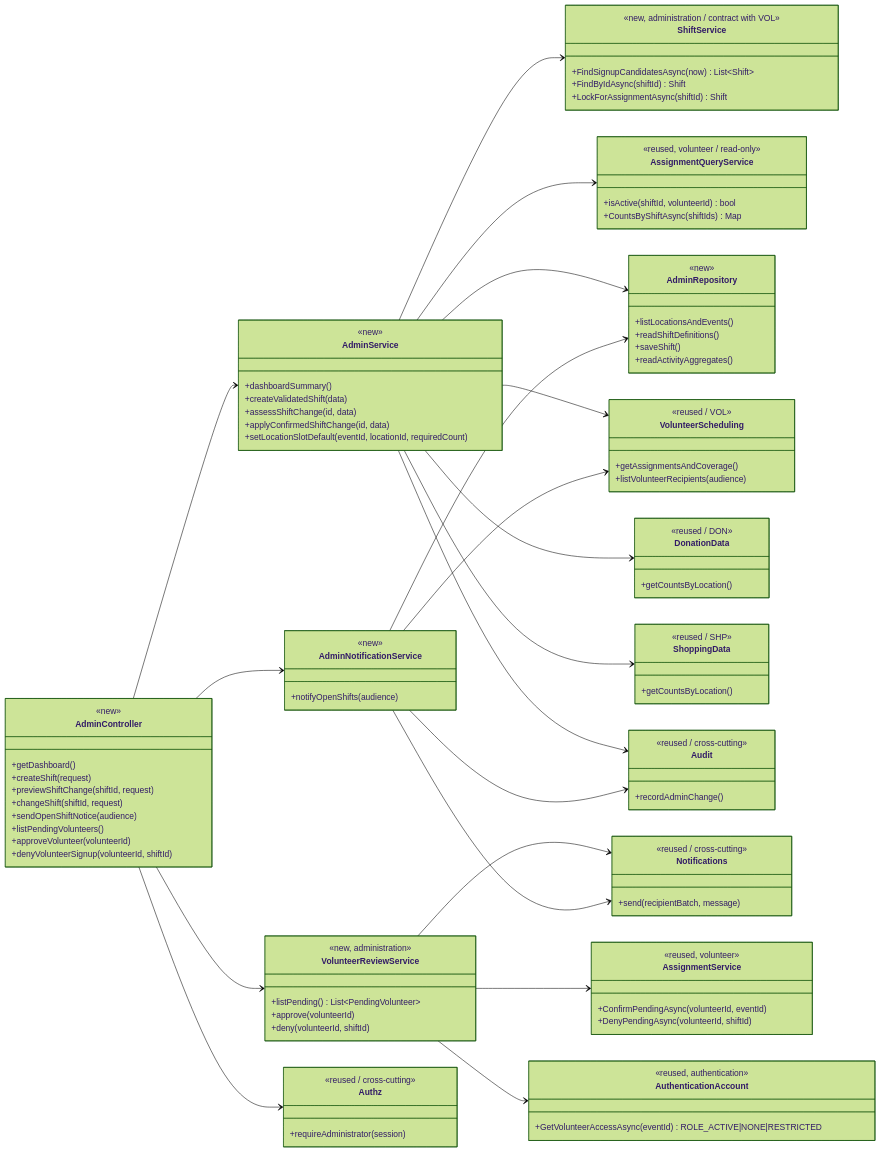
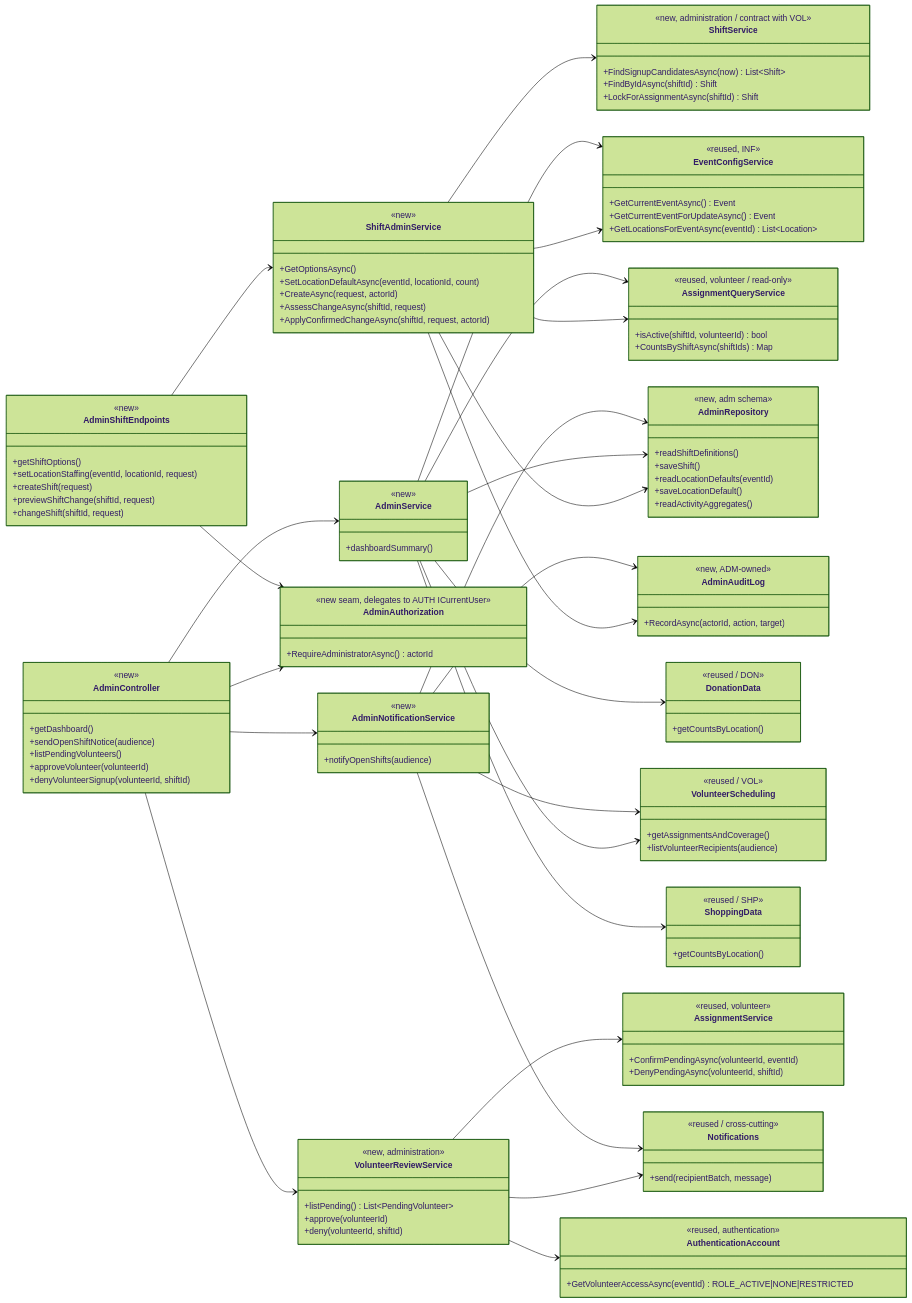
One commit to evelyntrann/cosc-40943-team-3-refrog changed the first of 8 diagrams in docs/design/ADM.md. Above: the diagram before and after it, drawn with Mermaid (forest theme). The commit also changed other lines of this file and 5 other files, not shown here.

First line of the commit message:
Design shift creation and settle event and location ownership (#110)

````diff
--- a/docs/design/ADM.md
+++ b/docs/design/ADM.md
@@ -25,9 +25,6 @@
     class AdminController {
         <<new>>
         +getDashboard()
-        +createShift(request)
-        +previewShiftChange(shiftId, request)
-        +changeShift(shiftId, request)
         +sendOpenShiftNotice(audience)
         +listPendingVolunteers()
         +approveVolunteer(volunteerId)
@@ -36,10 +33,36 @@
     class AdminService {
         <<new>>
         +dashboardSummary()
-        +createValidatedShift(data)
-        +assessShiftChange(id, data)
-        +applyConfirmedShiftChange(id, data)
-        +setLocationSlotDefault(eventId, locationId, requiredCount)
+    }
+    class AdminShiftEndpoints {
+        <<new>>
+        +getShiftOptions()
+        +setLocationStaffing(eventId, locationId, request)
+        +createShift(request)
+        +previewShiftChange(shiftId, request)
+        +changeShift(shiftId, request)
+    }
+    class ShiftAdminService {
+        <<new>>
+        +GetOptionsAsync()
+        +SetLocationDefaultAsync(eventId, locationId, count)
+        +CreateAsync(request, actorId)
+        +AssessChangeAsync(shiftId, request)
+        +ApplyConfirmedChangeAsync(shiftId, request, actorId)
+    }
+    class EventConfigService {
+        <<reused, INF>>
+        +GetCurrentEventAsync() Event
+        +GetCurrentEventForUpdateAsync() Event
+        +GetLocationsForEventAsync(eventId) List~Location~
+    }
+    class AdminAuthorization {
+        <<new seam, delegates to AUTH ICurrentUser>>
+        +RequireAdministratorAsync() actorId
+    }
+    class AdminAuditLog {
+        <<new, ADM-owned>>
+        +RecordAsync(actorId, action, target)
     }
     class VolunteerReviewService {
         <<new, administration>>
@@ -72,15 +95,12 @@
         +notifyOpenShifts(audience)
     }
     class AdminRepository {
-        <<new>>
-        +listLocationsAndEvents()
+        <<new, adm schema>>
         +readShiftDefinitions()
         +saveShift()
+        +readLocationDefaults(eventId)
+        +saveLocationDefault()
         +readActivityAggregates()
-    }
-    class Authz {
-        <<reused / cross-cutting>>
-        +requireAdministrator(session)
     }
     class VolunteerScheduling {
         <<reused / VOL>>
@@ -99,15 +119,18 @@
         <<reused / cross-cutting>>
         +send(recipientBatch, message)
     }
-    class Audit {
-        <<reused / cross-cutting>>
-        +recordAdminChange()
-    }
-    AdminController --> Authz
+    AdminController --> AdminAuthorization
     AdminController --> AdminService
     AdminController --> AdminNotificationService
     AdminController --> VolunteerReviewService
-    AdminService --> ShiftService
+    AdminShiftEndpoints --> AdminAuthorization
+    AdminShiftEndpoints --> ShiftAdminService
+    ShiftAdminService --> EventConfigService
+    ShiftAdminService --> AdminRepository
+    ShiftAdminService --> ShiftService
+    ShiftAdminService --> AssignmentQueryService
+    ShiftAdminService --> AdminAuditLog
+    AdminService --> EventConfigService
     AdminService --> AssignmentQueryService
     VolunteerReviewService --> AssignmentService
     VolunteerReviewService --> AuthenticationAccount
@@ -116,9 +139,8 @@
     AdminService --> VolunteerScheduling
     AdminService --> DonationData
     AdminService --> ShoppingData
-    AdminService --> Audit
     AdminNotificationService --> VolunteerScheduling
     AdminNotificationService --> AdminRepository
     AdminNotificationService --> Notifications
-    AdminNotificationService --> Audit
+    AdminNotificationService --> AdminAuditLog
 ```
````
